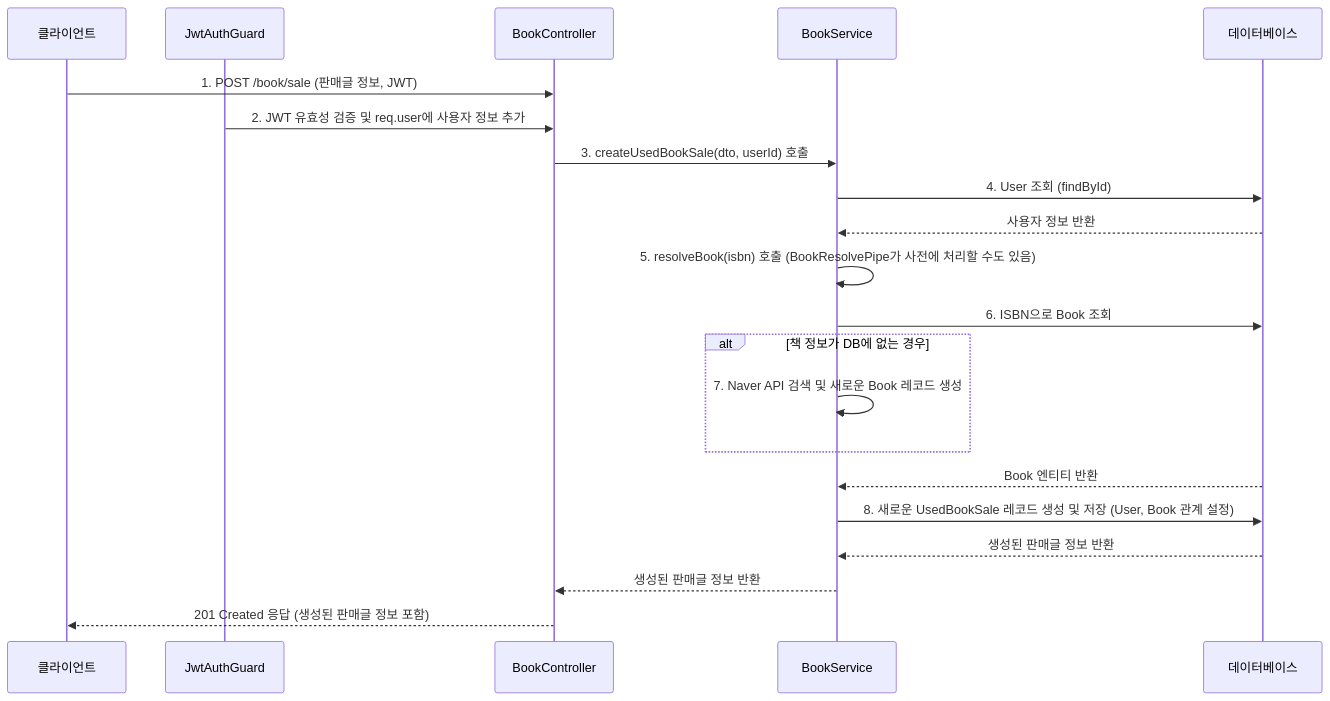
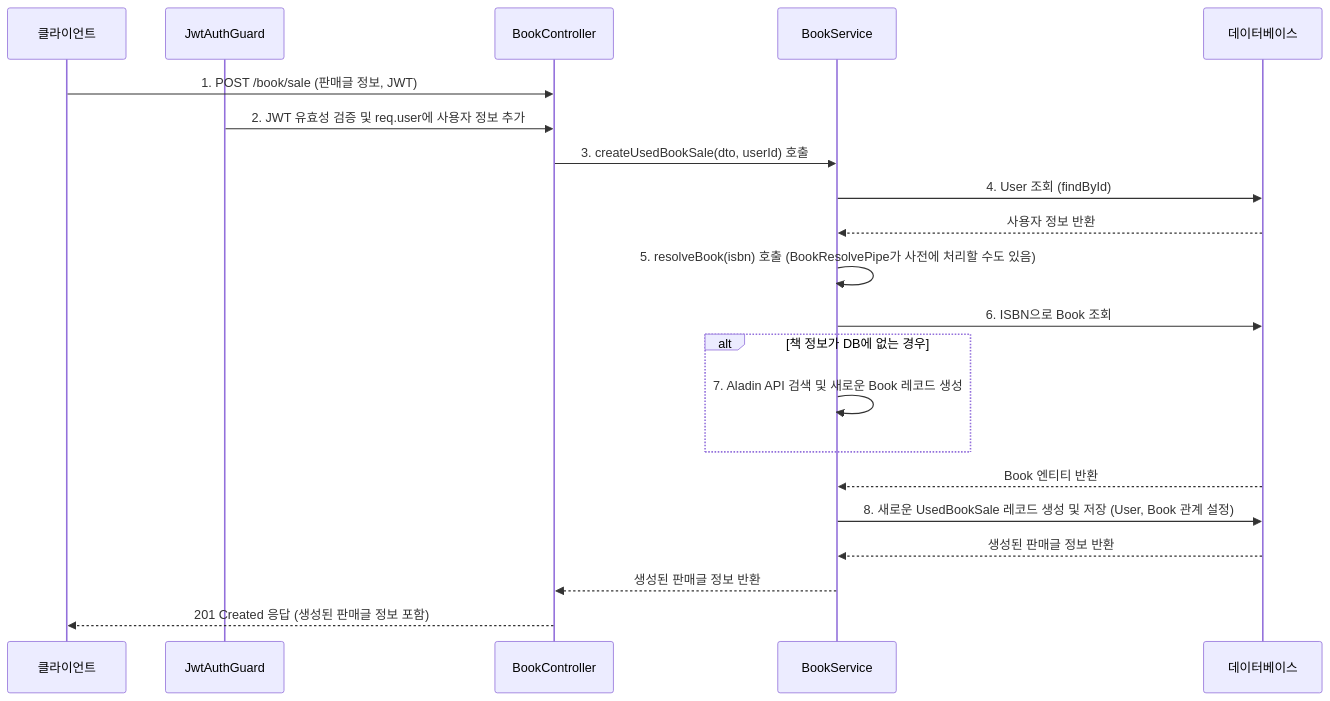
Before and after one commit to Yoo-su/artchive: the diagram in apps/server/src/features/book/README.md, drawn with Mermaid. The commit also changed 26 other files, not shown here.

First line of the commit message:
feat(book): 알라딘 Open API 이관 및 도서 데이터 정제 보완

````diff
--- a/apps/server/src/features/book/README.md
+++ b/apps/server/src/features/book/README.md
@@ -88,27 +88,27 @@
 ```mermaid
 sequenceDiagram
     participant C as 클라이언트
     participant Guard as JwtAuthGuard
     participant Ctrl as BookController
     participant Svc as BookService
     participant DB as 데이터베이스
 
     C->>Ctrl: 1. POST /book/sale (판매글 정보, JWT)
     Guard->>Ctrl: 2. JWT 유효성 검증 및 req.user에 사용자 정보 추가
     Ctrl->>Svc: 3. createUsedBookSale(dto, userId) 호출
 
     Svc->>DB: 4. User 조회 (findById)
     DB-->>Svc: 사용자 정보 반환
 
     Svc->>Svc: 5. resolveBook(isbn) 호출 (BookResolvePipe가 사전에 처리할 수도 있음)
     Svc->>DB: 6. ISBN으로 Book 조회
     alt 책 정보가 DB에 없는 경우
-        Svc->>Svc: 7. Naver API 검색 및 새로운 Book 레코드 생성
+        Svc->>Svc: 7. Aladin API 검색 및 새로운 Book 레코드 생성
     end
     DB-->>Svc: Book 엔티티 반환
 
     Svc->>DB: 8. 새로운 UsedBookSale 레코드 생성 및 저장 (User, Book 관계 설정)
     DB-->>Svc: 생성된 판매글 정보 반환
     Svc-->>Ctrl: 생성된 판매글 정보 반환
     Ctrl-->>C: 201 Created 응답 (생성된 판매글 정보 포함)
 ```
````
